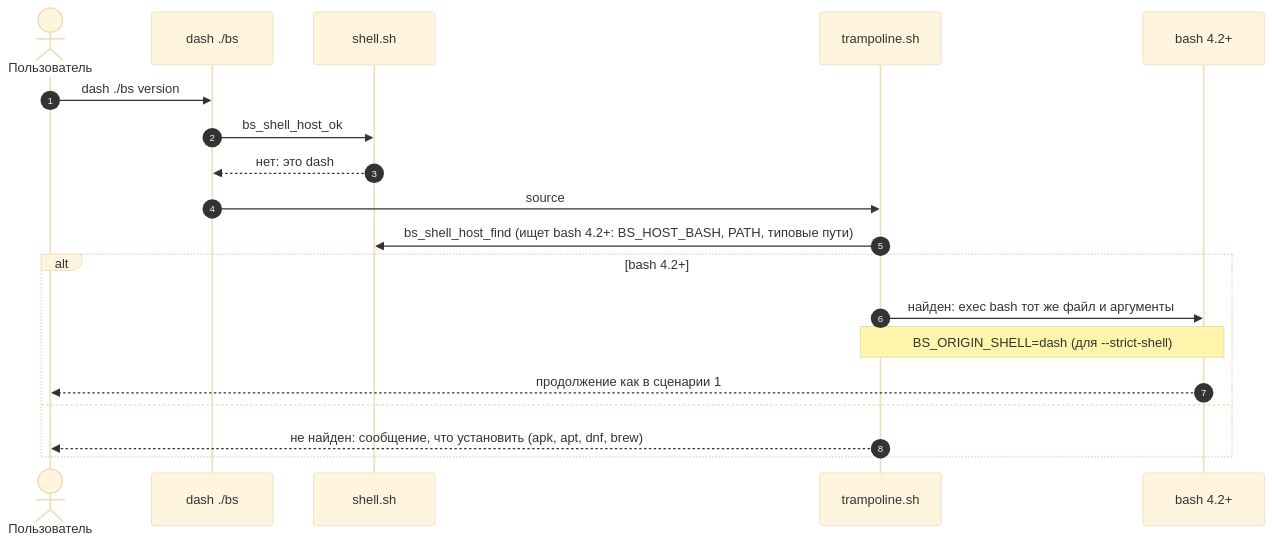
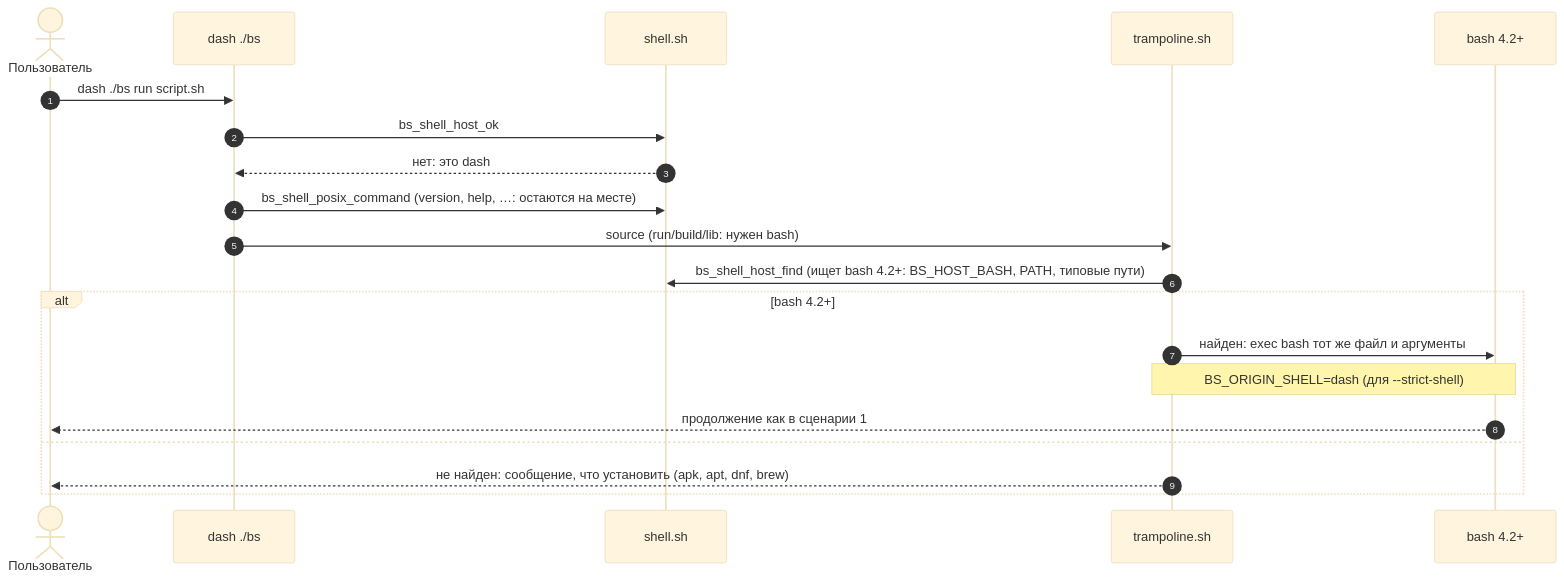
Before and after one commit to Igormm/bs: the fourth of 8 diagrams in documentation/ru/01-getting-started/README.md, drawn with Mermaid (base theme). The commit also changed other lines of this file and 38 other files, not shown here.

````diff
--- a/documentation/ru/01-getting-started/README.md
+++ b/documentation/ru/01-getting-started/README.md
@@ -448,21 +465,22 @@
 ```mermaid
 sequenceDiagram
   autonumber
   actor U as Пользователь
   participant d as dash ./bs
   participant sh as shell.sh
   participant tr as trampoline.sh
   participant b as bash 4.2+
-  U->>d: dash ./bs version
+  U->>d: dash ./bs run script.sh
   d->>sh: bs_shell_host_ok
   sh-->>d: нет: это dash
-  d->>tr: source
+  d->>sh: bs_shell_posix_command (version, help, …: остаются на месте)
+  d->>tr: source (run/build/lib: нужен bash)
   tr->>sh: bs_shell_host_find (ищет bash 4.2+: BS_HOST_BASH, PATH, типовые пути)
   alt bash 4.2+
     tr->>b: найден: exec bash тот же файл и аргументы
     Note over tr,b: BS_ORIGIN_SHELL=dash (для --strict-shell)
     b-->>U: продолжение как в сценарии 1
   else
     tr-->>U: не найден: сообщение, что установить (apk, apt, dnf, brew)
   end
 ```
````
